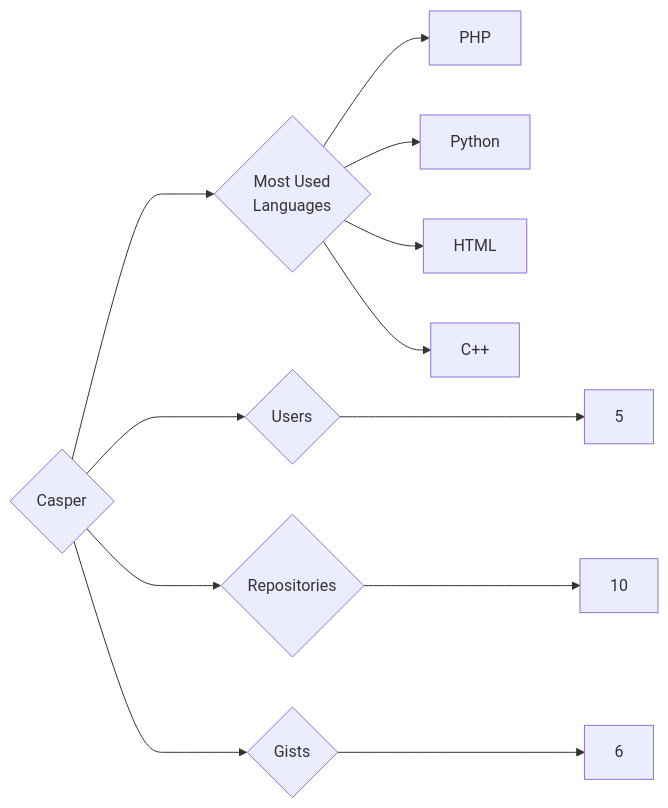
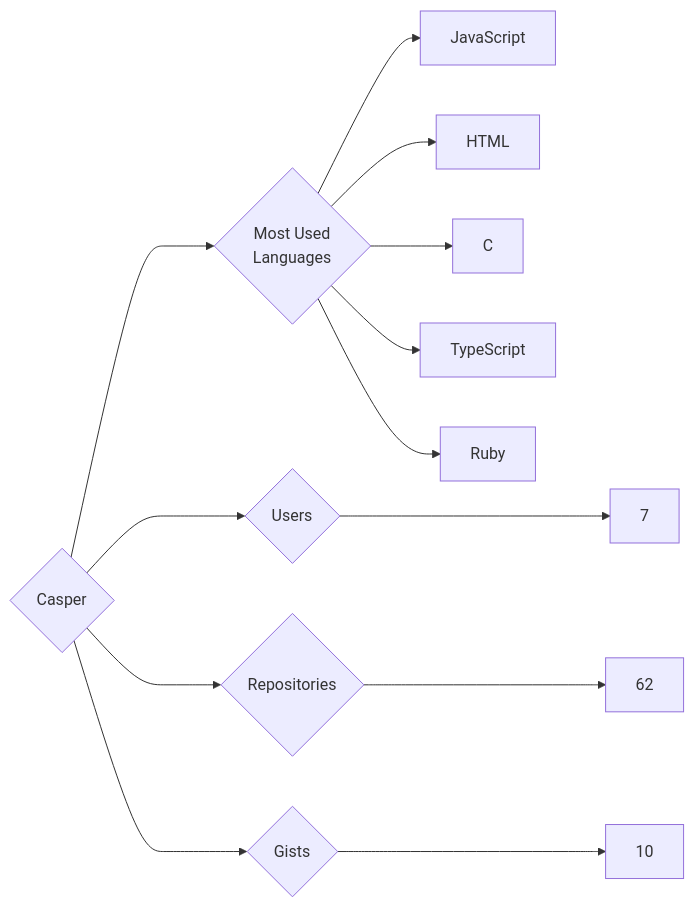
The diagram in targets/Casper/README.md (trickest/insiders), drawn with Mermaid before and after one commit. The commit also changed 636 other files, not shown here.

````diff
--- a/targets/Casper/README.md
+++ b/targets/Casper/README.md
@@ -3,12 +3,13 @@
 ```mermaid
 graph LR
 COMPANY_NAME{Casper}
-COMPANY_NAME ---> U{Users} ---> UN[5]
-COMPANY_NAME ---> R{Repositories} ---> RN[10]
-COMPANY_NAME ---> G{Gists} ---> GN[6]
+COMPANY_NAME ---> U{Users} ---> UN[7]
+COMPANY_NAME ---> R{Repositories} ---> RN[62]
+COMPANY_NAME ---> G{Gists} ---> GN[10]
 COMPANY_NAME ---> ML{Most Used<br>Languages}
-ML --> PHP[PHP]
-ML --> Python[Python]
+ML --> JavaScript[JavaScript]
 ML --> HTML[HTML]
-ML --> C++[C++]
+ML --> C[C]
+ML --> TypeScript[TypeScript]
+ML --> Ruby[Ruby]
 ```
````
